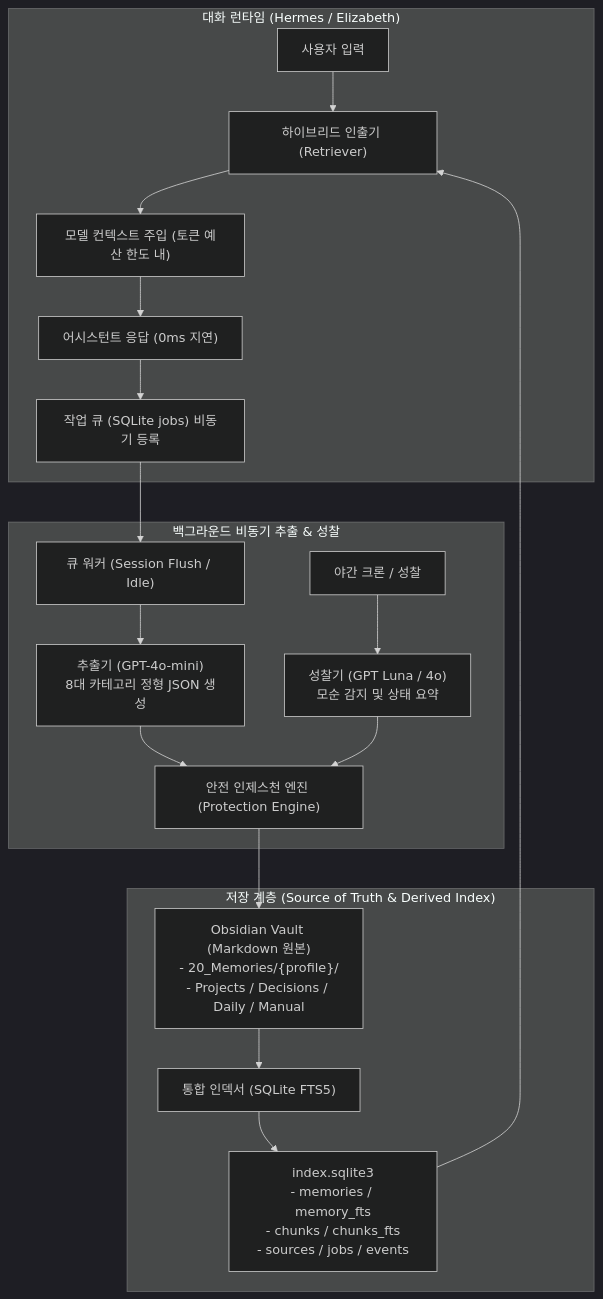
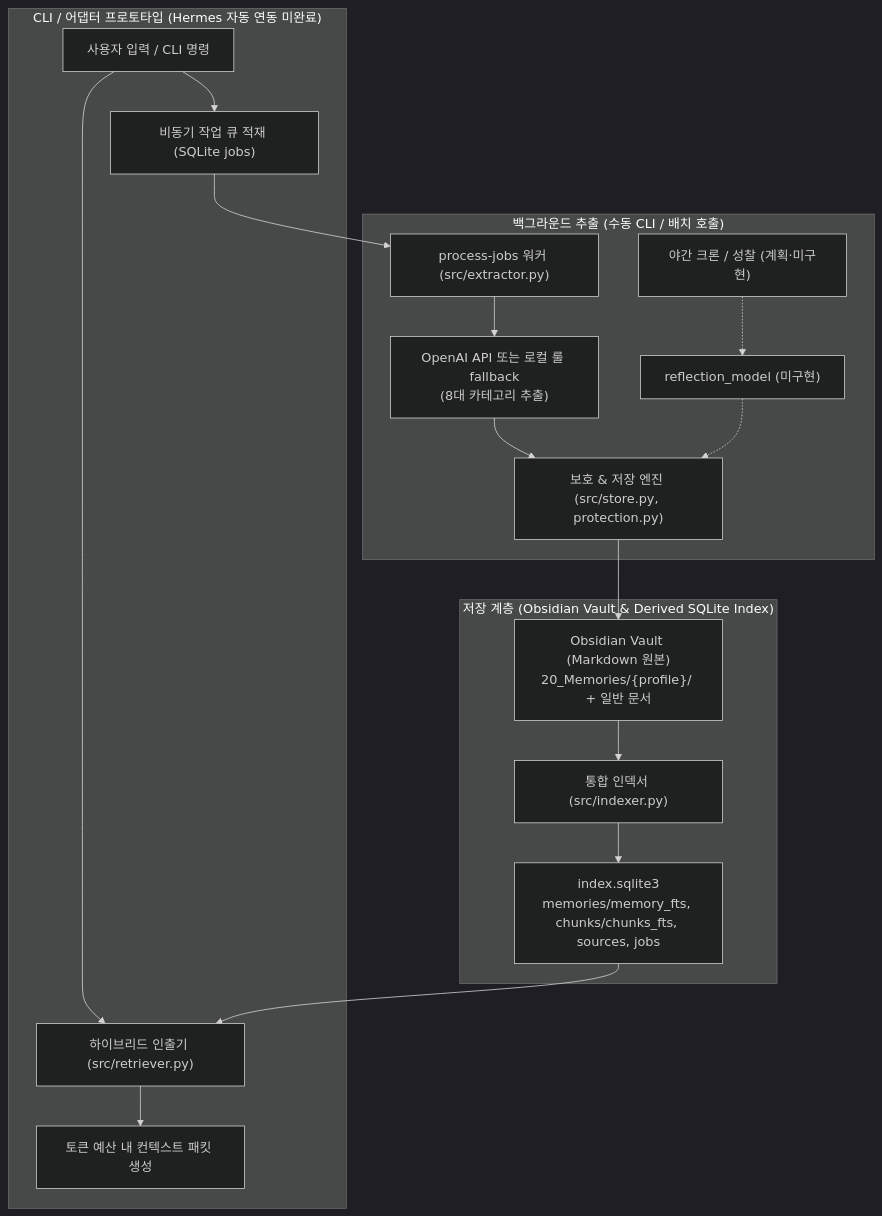
One commit to obsidia-w/hermes-hybrid-memory changed the diagram in README.md. Above: the diagram before and after it, drawn with Mermaid (dark theme). The commit also changed other lines of this file and 12 other files, not shown here.

````diff
--- a/README.md
+++ b/README.md
@@ -46,25 +63,24 @@
 ```mermaid
 flowchart TD
-    subgraph Conversation ["대화 런타임 (Hermes / Elizabeth)"]
-        UserTurn["사용자 입력"] --> PreRecall["하이브리드 인출기 (Retriever)"]
-        PreRecall --> ModelPrompt["모델 컨텍스트 주입 (토큰 예산 한도 내)"]
-        ModelPrompt --> AssistantResp["어시스턴트 응답 (0ms 지연)"]
-        AssistantResp --> AsyncQueue["작업 큐 (SQLite jobs) 비동기 등록"]
+    subgraph Runtime ["CLI / 어댑터 프로토타입 (Hermes 자동 연동 미완료)"]
+        UserTurn["사용자 입력 / CLI 명령"] --> PreRecall["하이브리드 인출기 (src/retriever.py)"]
+        PreRecall --> ModelPrompt["토큰 예산 내 컨텍스트 패킷 생성"]
+        UserTurn --> AsyncQueue["비동기 작업 큐 적재 (SQLite jobs)"]
     end
 
-    subgraph Background ["백그라운드 비동기 추출 & 성찰"]
-        AsyncQueue --> Worker["큐 워커 (Session Flush / Idle)"]
-        Worker --> MiniLLM["추출기 (GPT-4o-mini)<br/>8대 카테고리 정형 JSON 생성"]
-        MiniLLM --> Ingestion["안전 인제스천 엔진 (Protection Engine)"]
-        
-        NightCron["야간 크론 / 성찰"] --> LunaLLM["성찰기 (GPT Luna / 4o)<br/>모순 감지 및 상태 요약"]
-        LunaLLM --> Ingestion
+    subgraph Background ["백그라운드 추출 (수동 CLI / 배치 호출)"]
+        AsyncQueue --> Worker["process-jobs 워커 (src/extractor.py)"]
+        Worker --> MiniLLM["OpenAI API 또는 로컬 룰 fallback<br/>(8대 카테고리 추출)"]
+        MiniLLM --> Ingestion["보호 & 저장 엔진 (src/store.py, protection.py)"]
+
+        NightCron["야간 크론 / 성찰 (계획·미구현)"] -.-> LunaLLM["reflection_model (미구현)"]
+        LunaLLM -.-> Ingestion
     end
 
-    subgraph Storage ["저장 계층 (Source of Truth & Derived Index)"]
-        Ingestion --> ObsidianVault["Obsidian Vault (Markdown 원본)<br/>- 20_Memories/{profile}/<br/>- Projects / Decisions / Daily / Manual"]
-        ObsidianVault --> FTSIndexer["통합 인덱서 (SQLite FTS5)"]
-        FTSIndexer --> DerivedDB["index.sqlite3<br/>- memories / memory_fts<br/>- chunks / chunks_fts<br/>- sources / jobs / events"]
+    subgraph Storage ["저장 계층 (Obsidian Vault & Derived SQLite Index)"]
+        Ingestion --> ObsidianVault["Obsidian Vault (Markdown 원본)<br/>20_Memories/{profile}/ + 일반 문서"]
+        ObsidianVault --> FTSIndexer["통합 인덱서 (src/indexer.py)"]
+        FTSIndexer --> DerivedDB["index.sqlite3<br/>memories/memory_fts, chunks/chunks_fts, sources, jobs"]
         DerivedDB --> PreRecall
     end
 ```
````
